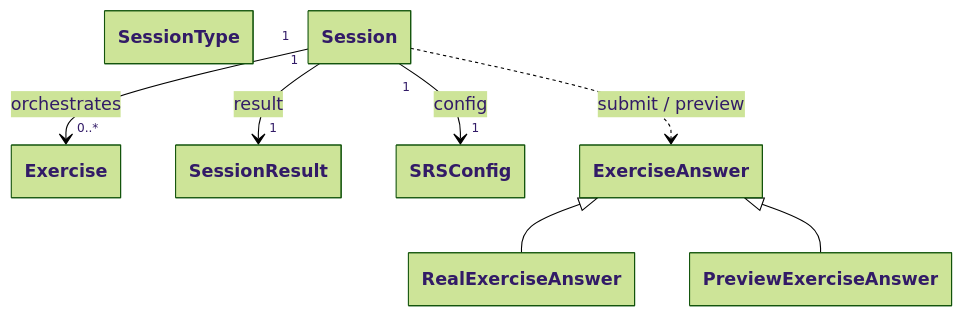
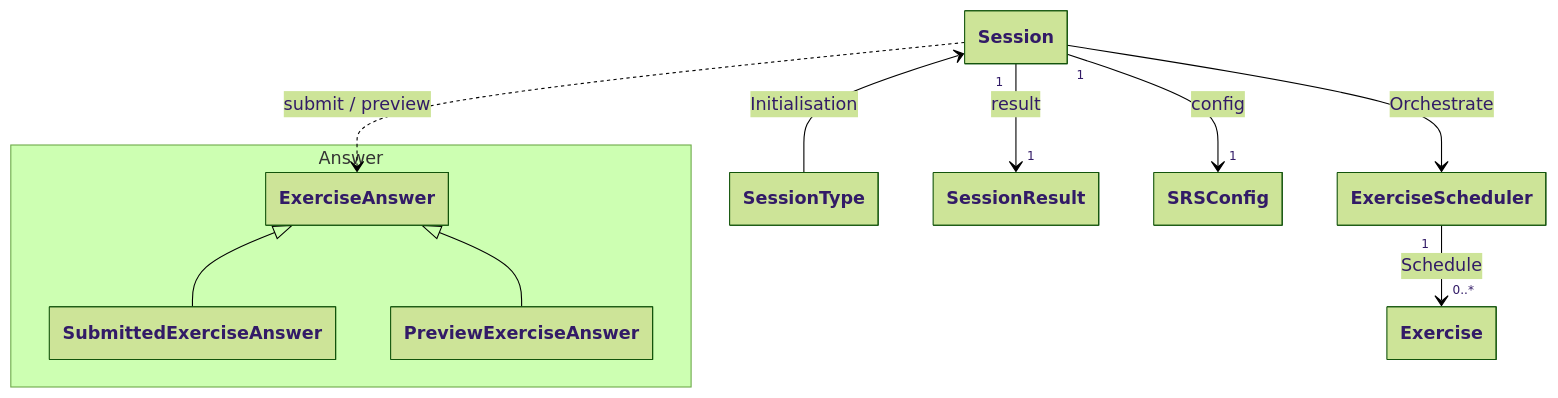
Before and after one commit to Antoine-Lagache/psitta: the diagram in docs/architecture/sessions.md, drawn with Mermaid (forest theme). The commit also changed other lines of this file and 24 other files, not shown here.

````diff
--- a/docs/architecture/sessions.md
+++ b/docs/architecture/sessions.md
@@ -41,22 +41,31 @@
 ```mermaid
 %%{init: {"class": {"hideEmptyMembersBox": true}} }%%
 classDiagram
+
+namespace Answer {
+  class ExerciseAnswer
+  class SubmittedExerciseAnswer
+  class PreviewExerciseAnswer
+}
     class SessionType
     class Session
     class Exercise
     class SessionResult
     class SRSConfig
 
-    class ExerciseAnswer
-    class RealExerciseAnswer
-    class PreviewExerciseAnswer
+    class ExerciseScheduler
 
-    Session "1" --> "0..*" Exercise : orchestrates
+    
+
+    Session --> ExerciseScheduler : Orchestrate
+    Session <-- SessionType : Initialisation
+
+    ExerciseScheduler "1" --> "0..*" Exercise : Schedule
     Session "1" --> "1" SRSConfig : config
     Session "1" --> "1" SessionResult : result
 
-    ExerciseAnswer <|-- RealExerciseAnswer
+    ExerciseAnswer <|-- SubmittedExerciseAnswer
     ExerciseAnswer <|-- PreviewExerciseAnswer
 
     Session ..> ExerciseAnswer : submit / preview
 ```
````
